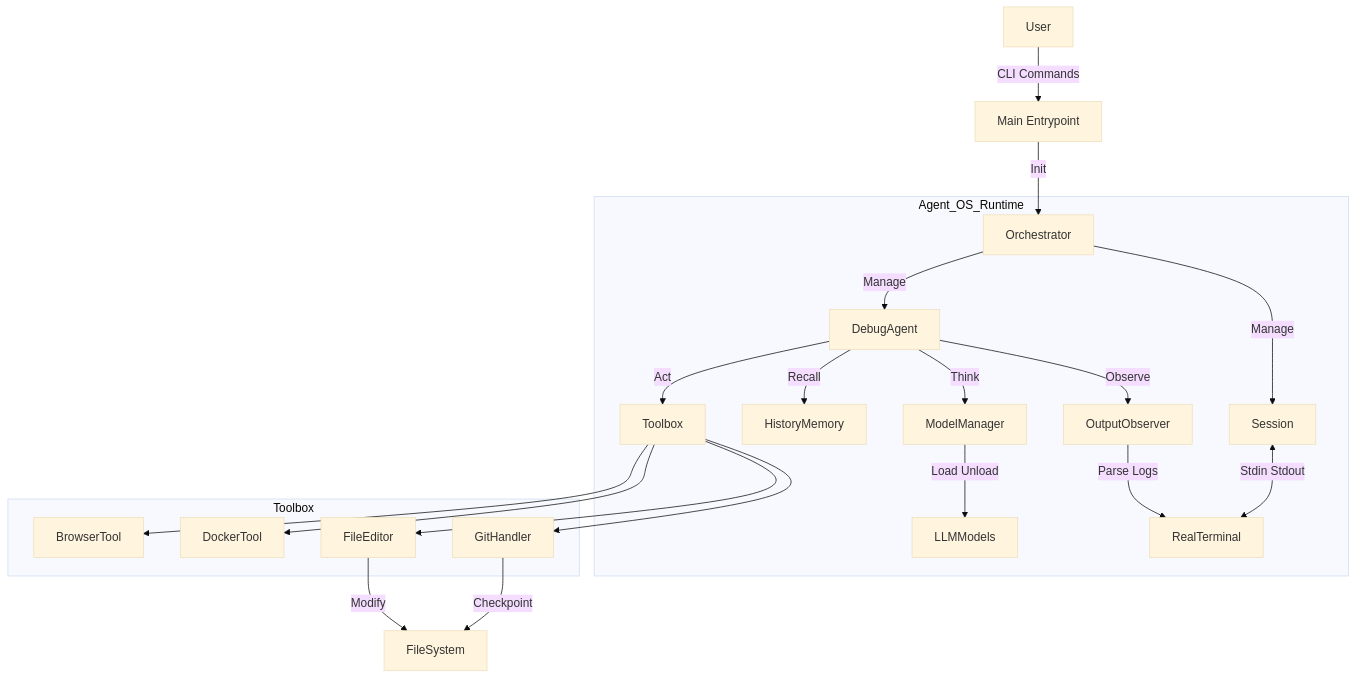
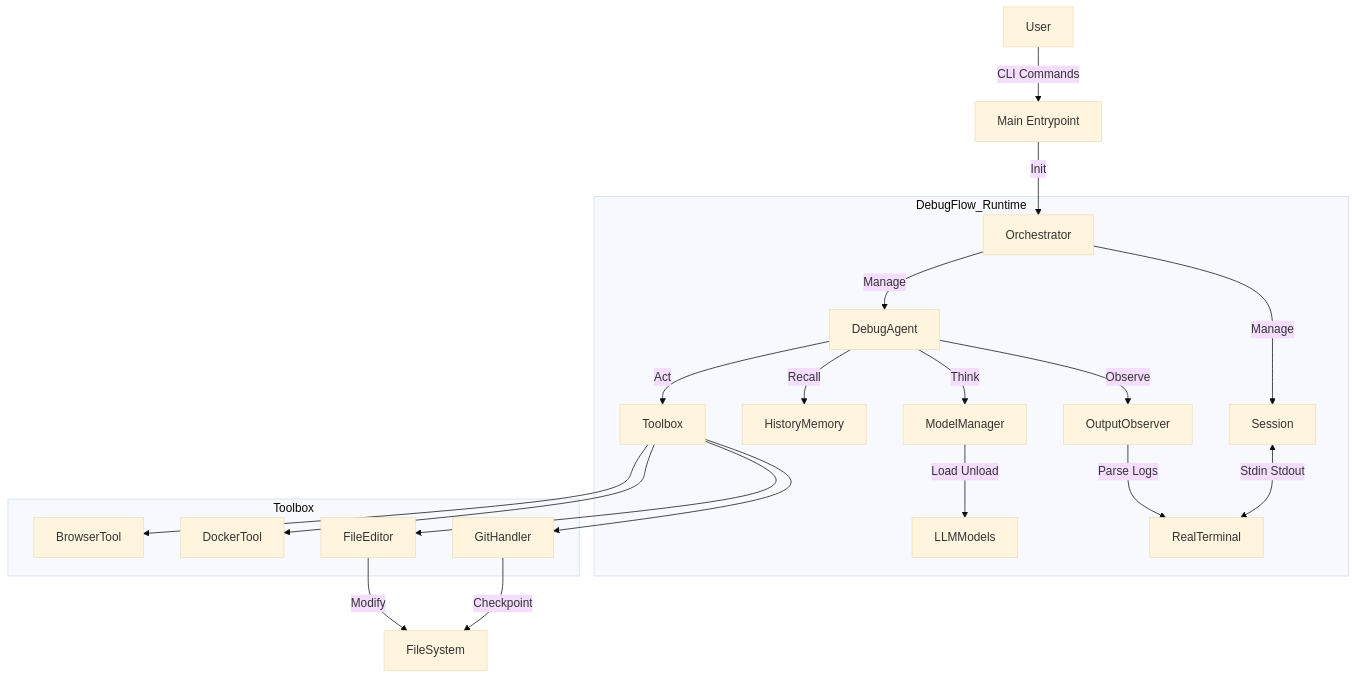
Before and after one commit to LiangSu8899/agent: the diagram in README.md, drawn with Mermaid (base theme). The commit also changed other lines of this file and 1 other file, not shown here.

````diff
--- a/README.md
+++ b/README.md
@@ -16,33 +16,33 @@
 ```mermaid
 graph TD
     User[User] -->|CLI Commands| Main[Main Entrypoint]
 
     Main -->|Init| Orch[Orchestrator]
 
-    subgraph Agent_OS_Runtime
+    subgraph DebugFlow_Runtime
         Orch -->|Manage| Session[Session]
         Orch -->|Manage| Agent[DebugAgent]
 
         Session <-->|Stdin Stdout| Terminal[RealTerminal]
 
         Agent -->|Observe| Observer[OutputObserver]
         Observer -->|Parse Logs| Terminal
 
         Agent -->|Think| Brain[ModelManager]
         Brain -->|Load Unload| LLM[LLMModels]
 
         Agent -->|Recall| Memory[HistoryMemory]
 
         Agent -->|Act| Tools[Toolbox]
     end
 
     subgraph Toolbox
         Tools --> Git[GitHandler]
         Tools --> File[FileEditor]
         Tools --> Docker[DockerTool]
         Tools --> Browser[BrowserTool]
     end
 
     Git -->|Checkpoint| FileSystem
     File -->|Modify| FileSystem
 ```
````
